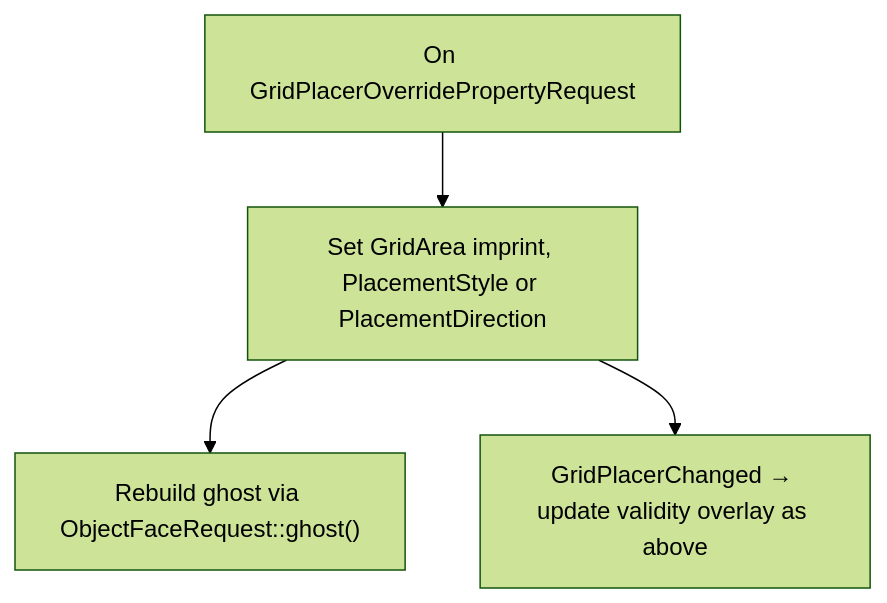
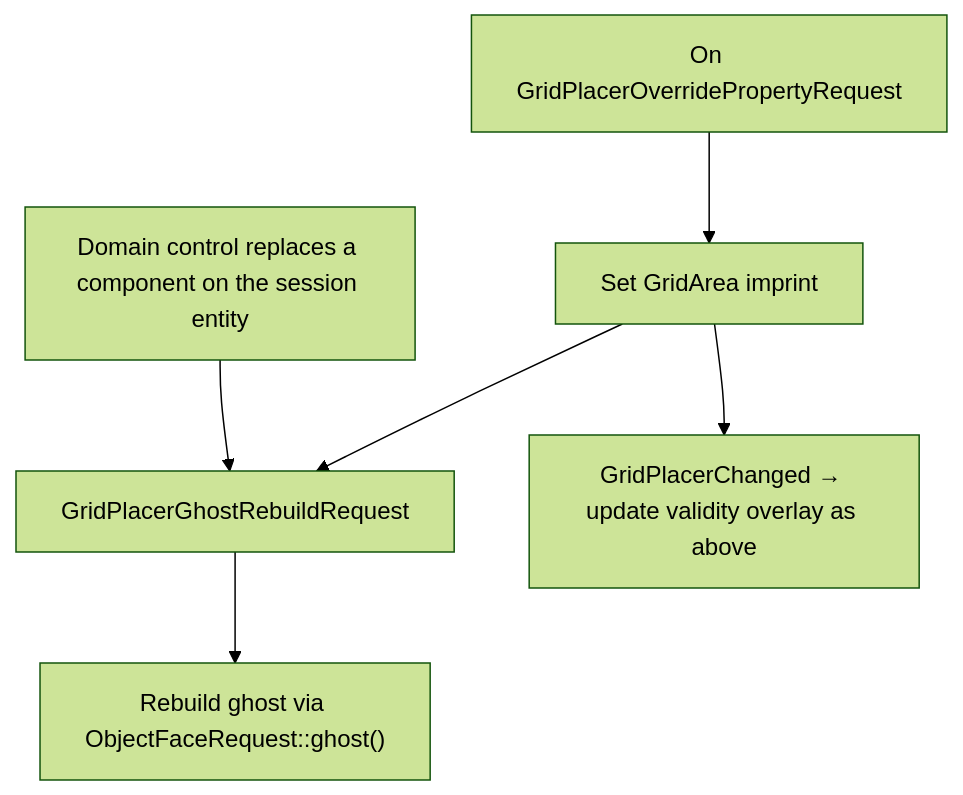
The third of 5 diagrams in documentation/architecture/grid_placer.md (Arrekin/dark-wisps-defence), drawn with Mermaid (forest theme) before and after one commit. The commit also changed other lines of this file and 33 other files, not shown here.

````diff
--- a/documentation/architecture/grid_placer.md
+++ b/documentation/architecture/grid_placer.md
@@ -111,6 +128,8 @@
 ```mermaid
 flowchart TB
-    override["On GridPlacerOverridePropertyRequest"] --> update["Set GridArea imprint, PlacementStyle or PlacementDirection"]
-    update --> ghost["Rebuild ghost via ObjectFaceRequest::ghost()"]
+    override["On GridPlacerOverridePropertyRequest"] --> update["Set GridArea imprint"]
+    update --> rebuild["GridPlacerGhostRebuildRequest"]
     update --> changed["GridPlacerChanged → update validity overlay as above"]
+    domain["Domain control replaces a component on the session entity"] --> rebuild
+    rebuild --> ghost["Rebuild ghost via ObjectFaceRequest::ghost()"]
 ```
````
